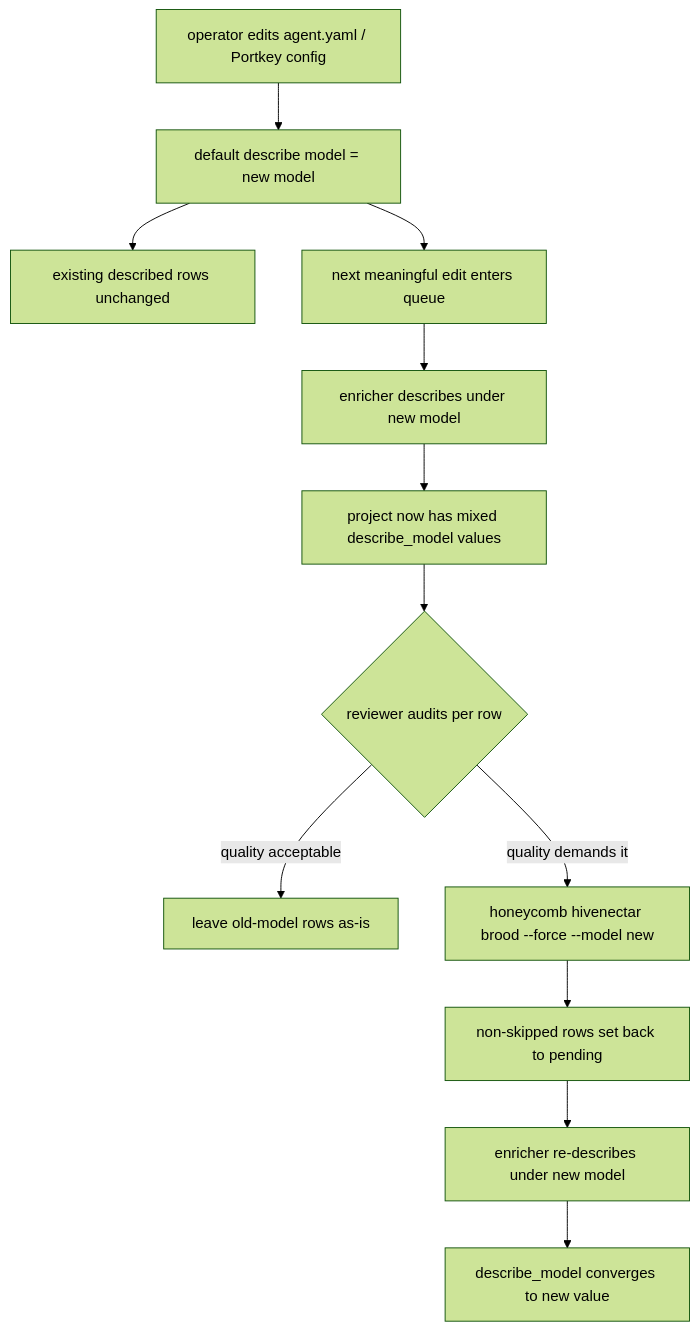
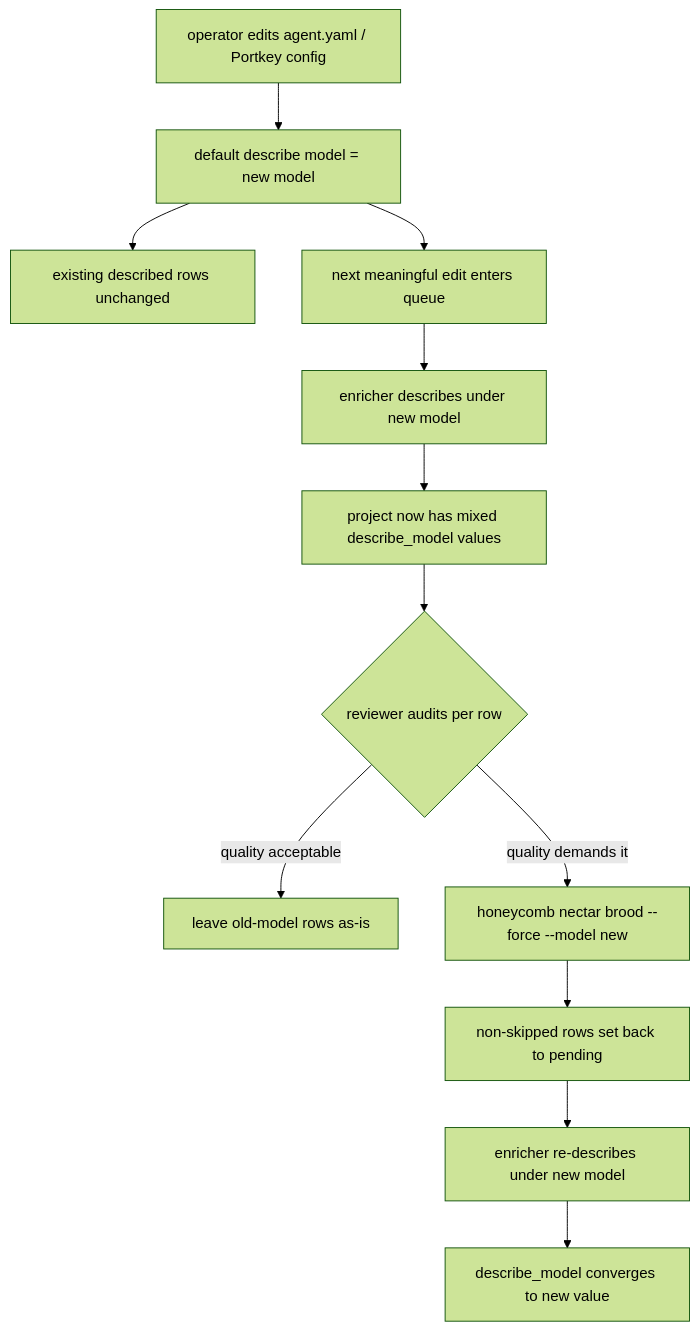
The second of 2 diagrams in library/knowledge/private/ai/enricher-deep-dive/enricher-ecosystem-story-arc.md (legioncodeinc/nectar), drawn with Mermaid (forest theme) before and after one commit. The commit also changed other lines of this file and 337 other files, not shown here.

````diff
--- a/library/knowledge/private/ai/enricher-deep-dive/enricher-ecosystem-story-arc.md
+++ b/library/knowledge/private/ai/enricher-deep-dive/enricher-ecosystem-story-arc.md
@@ -90,14 +90,14 @@
 ```mermaid
 flowchart TD
     swap["operator edits agent.yaml / Portkey config"] --> newDefault["default describe model = new model"]
     newDefault --> existing["existing described rows unchanged"]
     newDefault --> next["next meaningful edit enters queue"]
     next --> enrichNew["enricher describes under new model"]
     enrichNew --> mix["project now has mixed describe_model values"]
     mix --> audit{"reviewer audits per row"}
     audit -->|"quality acceptable"| leave["leave old-model rows as-is"]
-    audit -->|"quality demands it"| force["honeycomb hivenectar brood --force --model new"]
+    audit -->|"quality demands it"| force["honeycomb nectar brood --force --model new"]
     force --> reset["non-skipped rows set back to pending"]
     reset --> redescribe["enricher re-describes under new model"]
     redescribe --> converge["describe_model converges to new value"]
 ```
````
